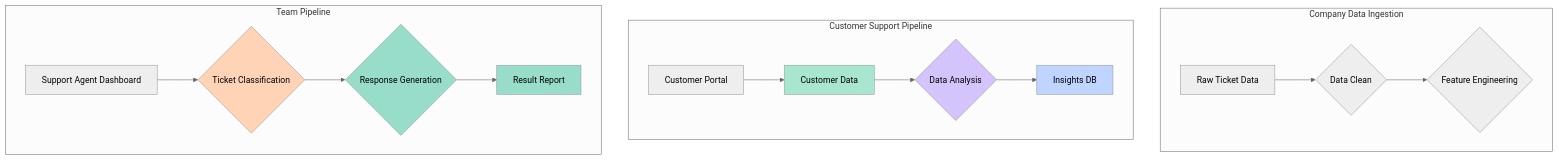
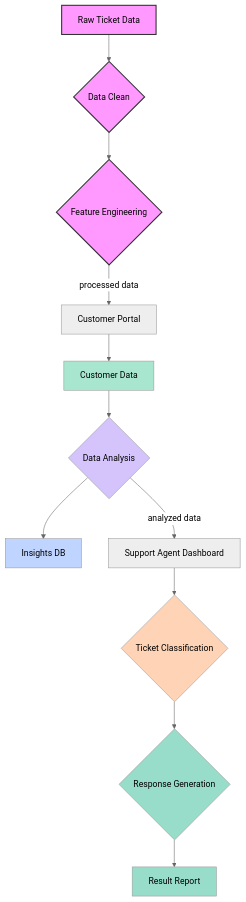
The diagram in README.md (brentsWorks/support-copilot), drawn with Mermaid (neutral theme) before and after one commit.

Commit message:
Readability for diagram in readme.md

````diff
--- a/README.md
+++ b/README.md
@@ -25,26 +25,34 @@
 ```mermaid
-graph TD
-    subgraph Company Data Ingestion
-        A[Raw Ticket Data] --> B{Data Clean}
-        B --> C{Feature Engineering}
-    end
+graph TB
+    %% Company Data Ingestion Pipeline
+    A[Raw Ticket Data] --> B{Data Clean}
+    B --> C{Feature Engineering}
+    
+    %% Add spacing
+    C --> |processed data| D
+    
+    %% Customer Support Pipeline
+    D[Customer Portal] --> E[Customer Data]
+    E --> F{Data Analysis}
+    F --> G[Insights DB]
+    
+    %% Add spacing
+    F --> |analyzed data| H
+    
+    %% Team Pipeline
+    H[Support Agent Dashboard] --> I{Ticket Classification}
+    I --> J{Response Generation}
+    J --> K[Result Report]
 
-    subgraph Customer Support Pipeline
-        D[Customer Portal] --> E[Customer Data]
-        E --> F{Data Analysis}
-        F --> G[Insights DB]
-    end
-
-    subgraph Team Pipeline
-        H[Support Agent Dashboard] --> I{Ticket Classification}
-        I --> J{Response Generation}
-        J --> K[Result Report]
-    end
-
+    %% Styling
     style E fill:#a8e6cf
     style I fill:#ffd3b6
     style J fill:#98ddca
     style K fill:#98ddca
     style G fill:#bfd4fe
     style F fill:#d4c4fb
+    
+    %% Labels
+    classDef pipeline fill:#f9f,stroke:#333,stroke-width:2px
+    class A,B,C pipeline
 ```
````
